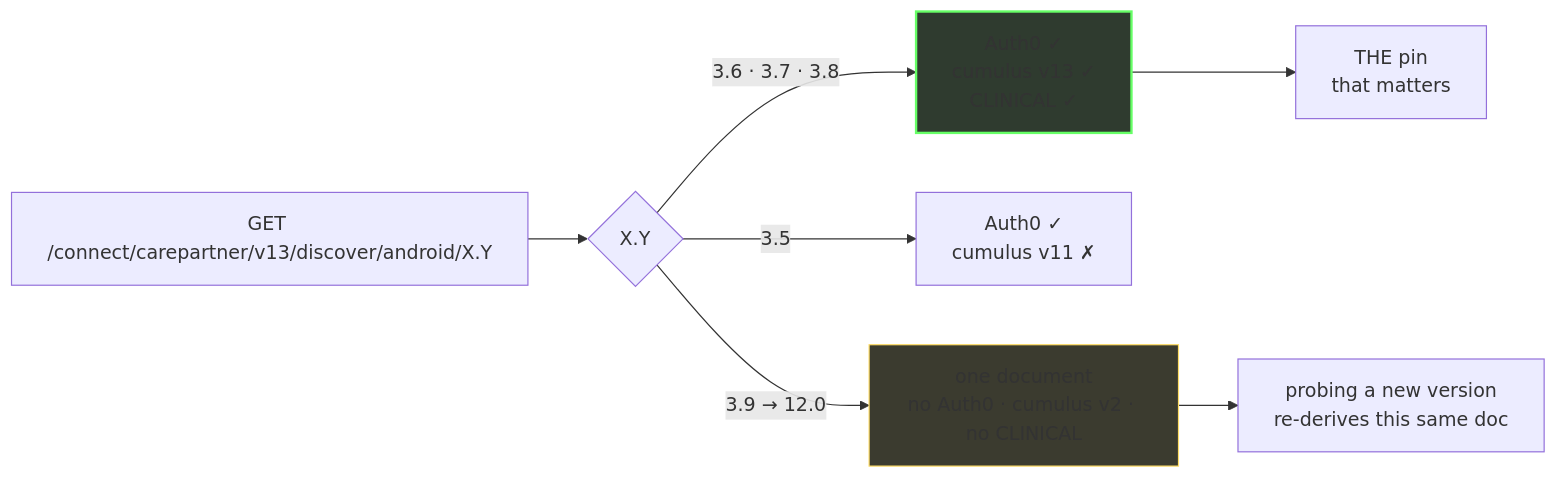
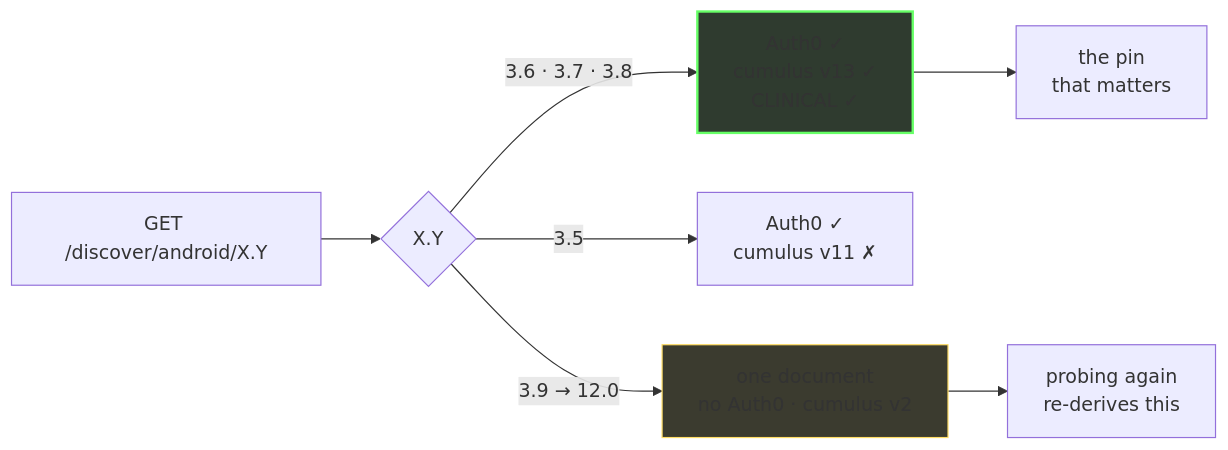
The first of 3 diagrams in README.md (NovaLux12/carelink-api-research), drawn with Mermaid before and after one commit. The commit also changed other lines of this file, not shown here.

````diff
--- a/README.md
+++ b/README.md
@@ -101,11 +42,11 @@
 ```mermaid
 flowchart LR
-    A["GET /connect/carepartner/v13/discover/android/X.Y"] --> B{X.Y}
+    A["GET /discover/android/X.Y"] --> B{X.Y}
     B -->|"3.6 · 3.7 · 3.8"| C["Auth0 ✓<br/>cumulus v13 ✓<br/>CLINICAL ✓"]
     B -->|"3.5"| D["Auth0 ✓<br/>cumulus v11 ✗"]
-    B -->|"3.9 → 12.0"| E["one document<br/>no Auth0 · cumulus v2 · no CLINICAL"]
-    C --> F["THE pin<br/>that matters"]
-    E --> G["probing a new version<br/>re-derives this same doc"]
+    B -->|"3.9 → 12.0"| E["one document<br/>no Auth0 · cumulus v2"]
+    C --> F["the pin<br/>that matters"]
+    E --> G["probing again<br/>re-derives this"]
     style C fill:#2f3b2f,stroke:#6f6,stroke-width:2px
     style E fill:#3b3b2f,stroke:#fd6
 ```
````
